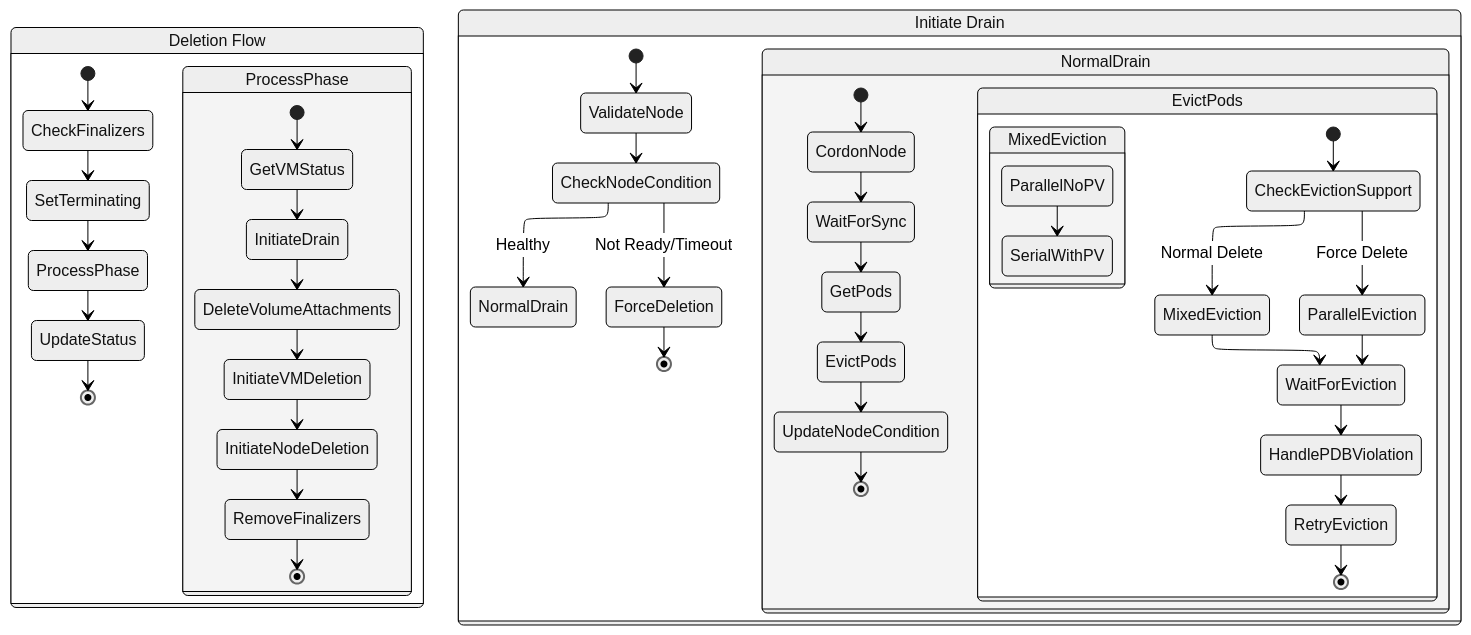
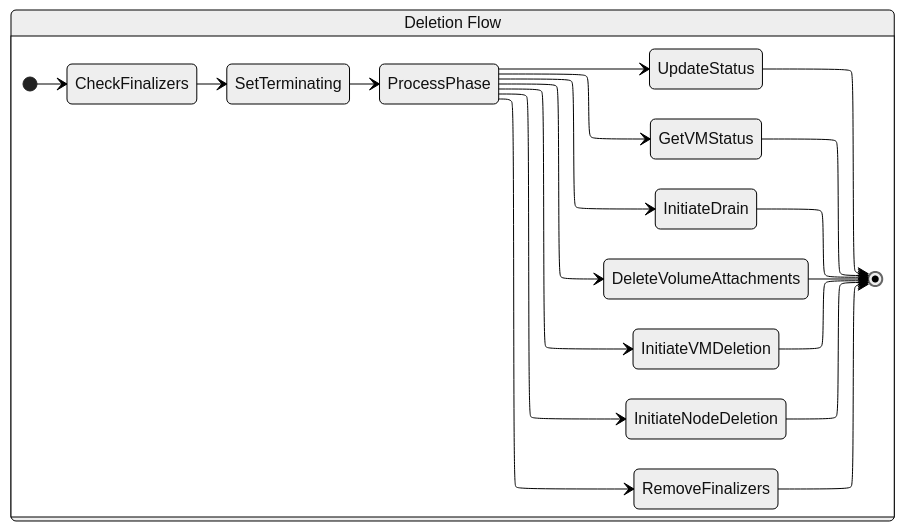
Before and after one commit to brongulus/brongulus.github.io: the fifth of 13 diagrams in content/notes/2fast2mcm.md, drawn with Mermaid (neutral theme). The commit also changed other lines of this file and 6 other files, not shown here.

````diff
--- a/content/notes/2fast2mcm.md
+++ b/content/notes/2fast2mcm.md
@@ -193,62 +240,31 @@
 ```mermaid
 ---
   config:
     layout: elk
 ---
 stateDiagram-v2
     state "Deletion Flow" as DF {
+        direction LR
+        state "ProcessPhase" as PP
+        state "UpdateStatus" as US
+
         [*] --> CheckFinalizers
         CheckFinalizers --> SetTerminating
-        SetTerminating --> ProcessPhase
-        
-        state "ProcessPhase" as PP {
-            [*] --> GetVMStatus
-            GetVMStatus --> InitiateDrain
-            InitiateDrain --> DeleteVolumeAttachments
-            DeleteVolumeAttachments --> InitiateVMDeletion
-            InitiateVMDeletion --> InitiateNodeDeletion
-            InitiateNodeDeletion --> RemoveFinalizers
-            RemoveFinalizers --> [*]
-        }
-        
-        ProcessPhase --> UpdateStatus
-        UpdateStatus --> [*]
-    }
-    
-    state "Initiate Drain" as ND {
-        [*] --> ValidateNode
-        
-        ValidateNode --> CheckNodeCondition
-        CheckNodeCondition --> ForceDeletion : Not Ready/Timeout
-        CheckNodeCondition --> NormalDrain : Healthy
-        
-        state "NormalDrain" as Normal {
-            [*] --> CordonNode
-            CordonNode --> WaitForSync
-            WaitForSync --> GetPods
-            GetPods --> EvictPods
-            
-            state "EvictPods" as EP {
-                [*] --> CheckEvictionSupport
-                
-                CheckEvictionSupport --> ParallelEviction : Force Delete
-                CheckEvictionSupport --> MixedEviction : Normal Delete
-                
-                state "MixedEviction" as ME {
-                    ParallelNoPV --> SerialWithPV
-                }
-                
-                ParallelEviction --> WaitForEviction
-                MixedEviction --> WaitForEviction
-                WaitForEviction --> HandlePDBViolation
-                HandlePDBViolation --> RetryEviction
-                RetryEviction --> [*]
-            }
-            
-            EvictPods --> UpdateNodeCondition
-            UpdateNodeCondition --> [*]
-        }
-        
-        ForceDeletion --> [*]
+        SetTerminating --> PP
+
+        PP --> GetVMStatus
+        GetVMStatus --> [*]
+        PP --> InitiateDrain
+        InitiateDrain --> [*]
+        PP --> DeleteVolumeAttachments
+        DeleteVolumeAttachments --> [*]
+        PP --> InitiateVMDeletion
+        InitiateVMDeletion --> [*]
+        PP --> InitiateNodeDeletion
+        InitiateNodeDeletion --> [*]
+        PP --> RemoveFinalizers
+        RemoveFinalizers --> [*]
+        PP --> US
+        US --> [*]
     }
 ```
````
